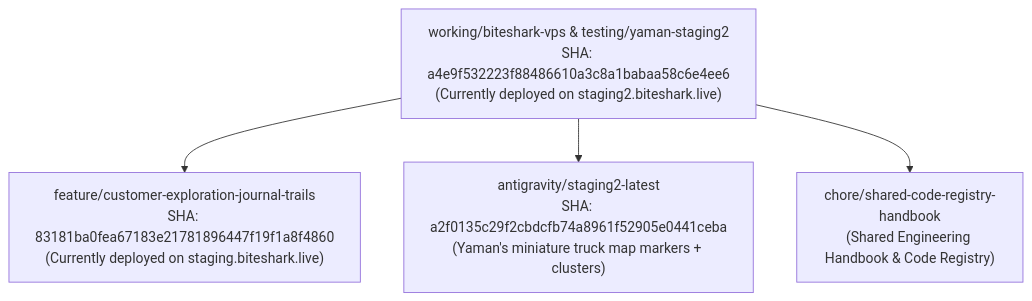
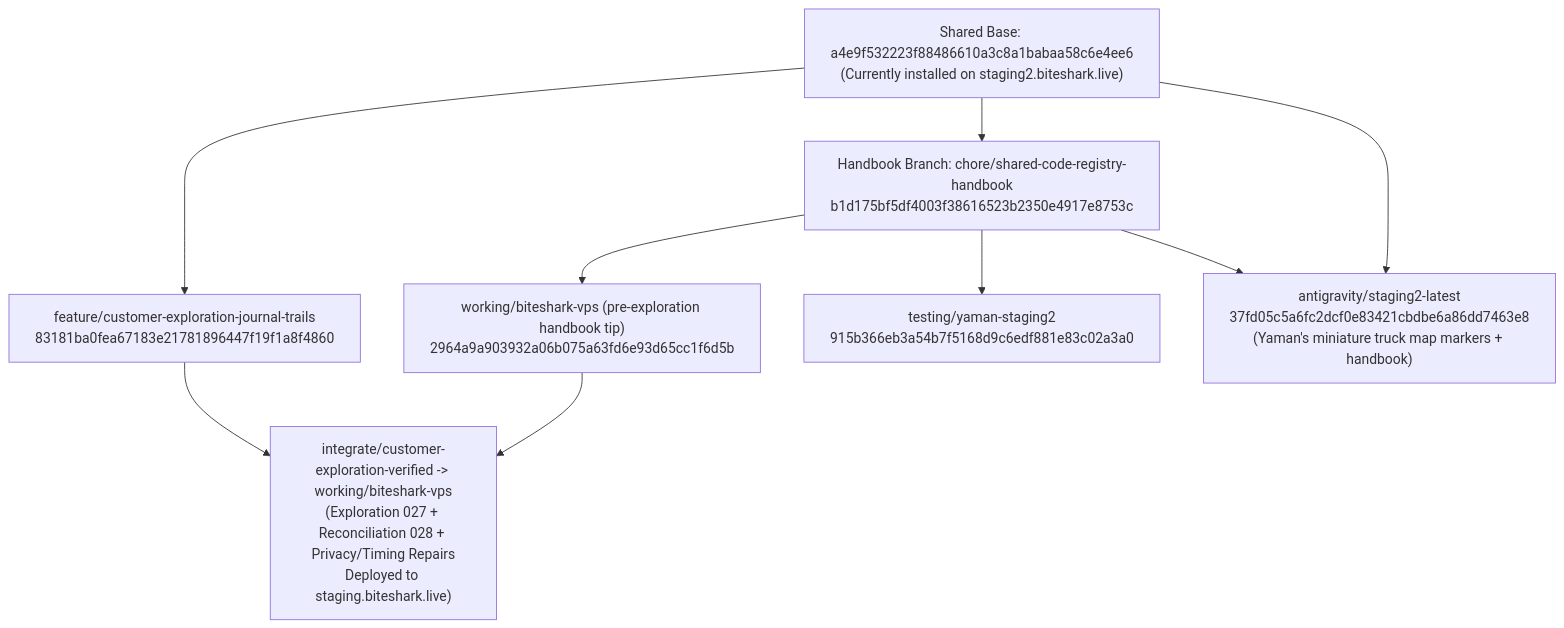
Before and after one commit to yamanalmasaleha-png/trukly-: the diagram in docs/engineering/BRANCH-AND-ENVIRONMENT-MAP.md, drawn with Mermaid. The commit also changed other lines of this file and 25 other files, not shown here.

Commit message:
docs(handbook): update shared engineering handbook & code registry for exploration 027-028

````diff
--- a/docs/engineering/BRANCH-AND-ENVIRONMENT-MAP.md
+++ b/docs/engineering/BRANCH-AND-ENVIRONMENT-MAP.md
@@ -17,11 +18,19 @@
 ```mermaid
 flowchart TD
-  MB["working/biteshark-vps & testing/yaman-staging2\nSHA: a4e9f532223f88486610a3c8a1babaa58c6e4ee6\n(Currently deployed on staging2.biteshark.live)"]
-  EXP["feature/customer-exploration-journal-trails\nSHA: 83181ba0fea67183e21781896447f19f1a8f4860\n(Currently deployed on staging.biteshark.live)"]
-  MAP["antigravity/staging2-latest\nSHA: a2f0135c29f2cbdcfb74a8961f52905e0441ceba\n(Yaman's miniature truck map markers + clusters)"]
-  HB["chore/shared-code-registry-handbook\n(Shared Engineering Handbook & Code Registry)"]
+  MB["Shared Base: a4e9f532223f88486610a3c8a1babaa58c6e4ee6\n(Currently installed on staging2.biteshark.live)"]
+  HB["Handbook Branch: chore/shared-code-registry-handbook\nb1d175bf5df4003f38616523b2350e4917e8753c"]
+  WV0["working/biteshark-vps (pre-exploration handbook tip)\n2964a9a903932a06b075a63fd6e93d65cc1f6d5b"]
+  EXP["feature/customer-exploration-journal-trails\n83181ba0fea67183e21781896447f19f1a8f4860"]
+  INT["integrate/customer-exploration-verified -> working/biteshark-vps\n(Exploration 027 + Reconciliation 028 + Privacy/Timing Repairs\nDeployed to staging.biteshark.live)"]
+  STG2A["testing/yaman-staging2\n915b366eb3a54b7f5168d9c6edf881e83c02a3a0"]
+  STG2B["antigravity/staging2-latest\n37fd05c5a6fc2dcf0e83421cbdbe6a86dd7463e8\n(Yaman's miniature truck map markers + handbook)"]
 
+  MB --> HB
   MB --> EXP
-  MB --> MAP
-  MB --> HB
+  HB --> WV0
+  HB --> STG2A
+  MB --> STG2B
+  HB --> STG2B
+  WV0 --> INT
+  EXP --> INT
 ```
````
